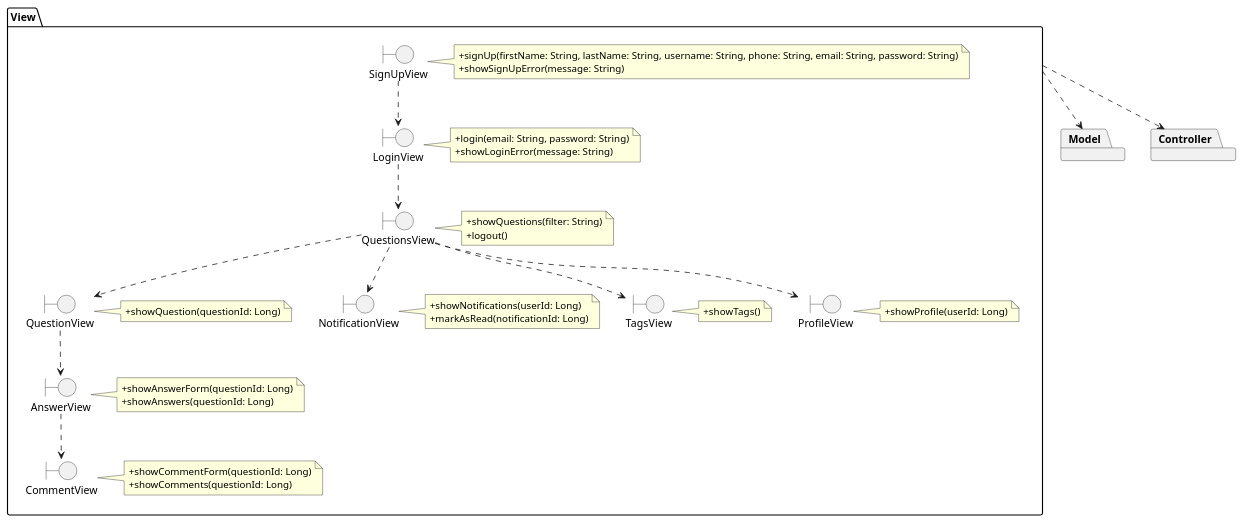
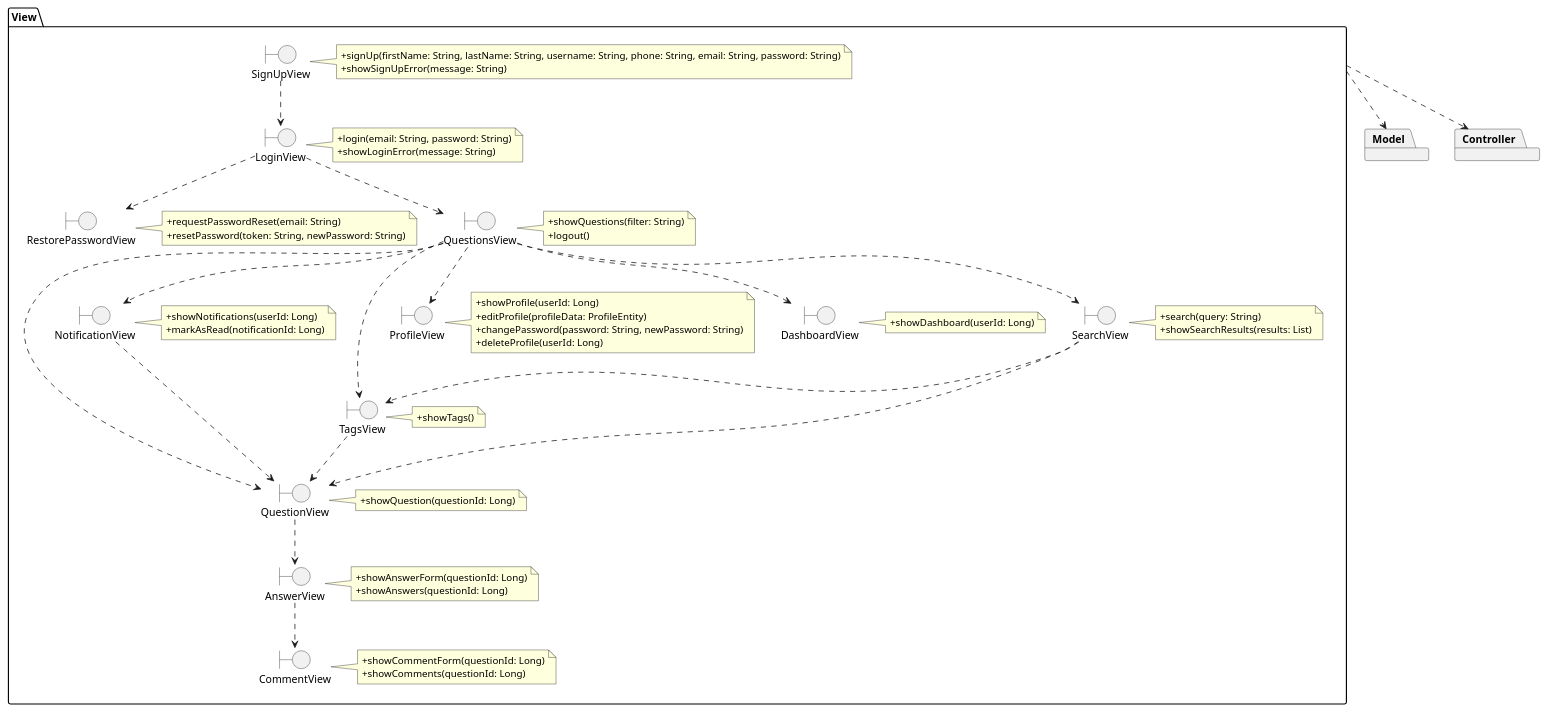
The diagram in src/main/resources/templates/logic/packageView.puml (rafaelacirino/miw-backend-foro), drawn with PlantUML before and after one commit. The commit also changed 2 other files, not shown here.

Commit message:
update packages diagrams

```diff
--- a/src/main/resources/templates/logic/packageView.puml
+++ b/src/main/resources/templates/logic/packageView.puml
@@ -1,74 +1,102 @@
 @startuml
 
 package Model {
 }
 
 package Controller {
 }
 
-View ..> Controller
-View ..> Model
+View .down.> Controller
+View .down.> Model
 
 package View {
     boundary SignUpView
         note right of SignUpView
             +signUp(firstName: String, lastName: String, username: String, phone: String, email: String, password: String)
             +showSignUpError(message: String)
         end note
 
     boundary LoginView
     note right of LoginView
         +login(email: String, password: String)
         +showLoginError(message: String)
+    end note
+
+    boundary RestorePasswordView
+    note right of RestorePasswordView
+        +requestPasswordReset(email: String)
+        +resetPassword(token: String, newPassword: String)
     end note
 
     boundary QuestionsView
     note right of QuestionsView
         +showQuestions(filter: String)
         +logout()
     end note
 
     boundary QuestionView
     note right of QuestionView
         +showQuestion(questionId: Long)
     end note
 
     boundary AnswerView
     note right of AnswerView
         +showAnswerForm(questionId: Long)
         +showAnswers(questionId: Long)
     end note
 
     boundary CommentView
     note right of CommentView
         +showCommentForm(questionId: Long)
         +showComments(questionId: Long)
     end note
 
     boundary NotificationView
     note right of NotificationView
         +showNotifications(userId: Long)
         +markAsRead(notificationId: Long)
     end note
 
     boundary TagsView
     note right of TagsView
         +showTags()
     end note
 
     boundary ProfileView
-        note right of ProfileView
-            +showProfile(userId: Long)
-        end note
+    note right of ProfileView
+        +showProfile(userId: Long)
+        +editProfile(profileData: ProfileEntity)
+        +changePassword(password: String, newPassword: String)
+        +deleteProfile(userId: Long)
+    end note
+
+    boundary DashboardView
+    note right of DashboardView
+        +showDashboard(userId: Long)
+    end note
+
+    boundary SearchView
+    note right of SearchView
+        +search(query: String)
+        +showSearchResults(results: List)
+    end note
 
     SignUpView ..> LoginView
     LoginView ..> QuestionsView
+    LoginView ..> RestorePasswordView
     QuestionsView ..> QuestionView
     QuestionsView ..> NotificationView
     QuestionsView ..> TagsView
     QuestionsView ..> ProfileView
+    QuestionsView ..> DashboardView
     QuestionView ..> AnswerView
     AnswerView ..> CommentView
+    NotificationView ..> QuestionView
+    TagsView ..> QuestionView
+    QuestionsView ..> SearchView
+    SearchView ..> TagsView
+    SearchView ..> QuestionView
+
 }
 
 @enduml
```
